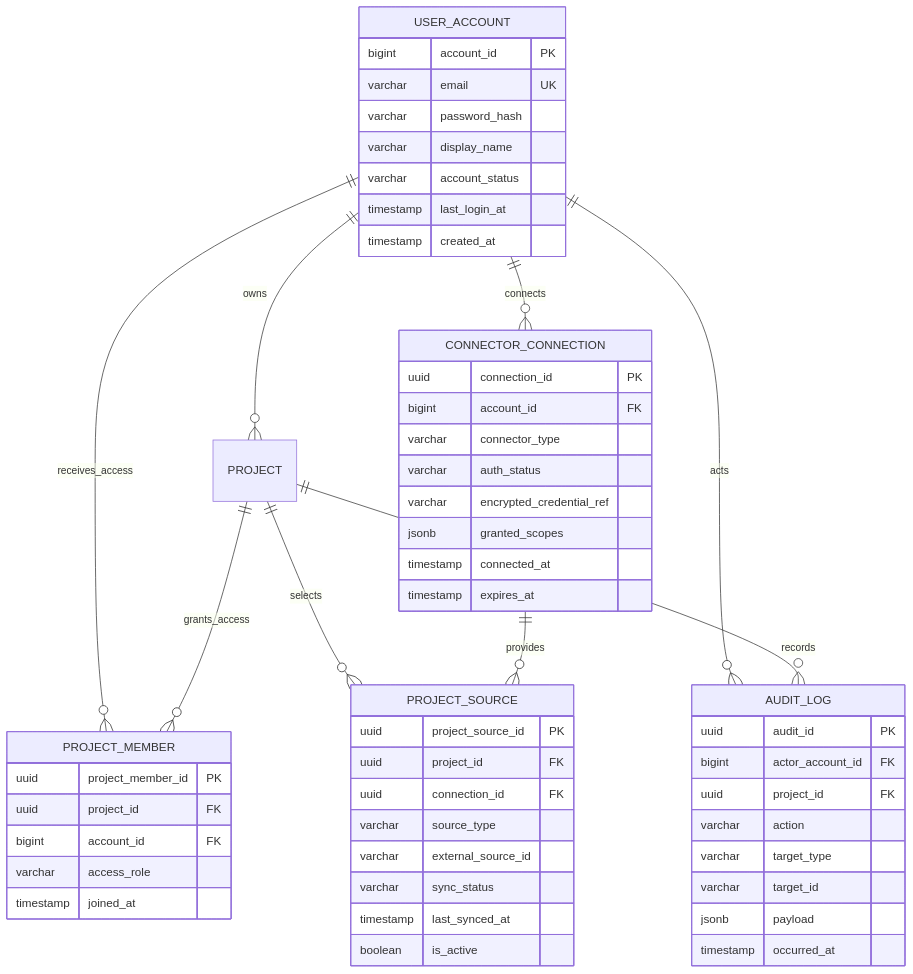
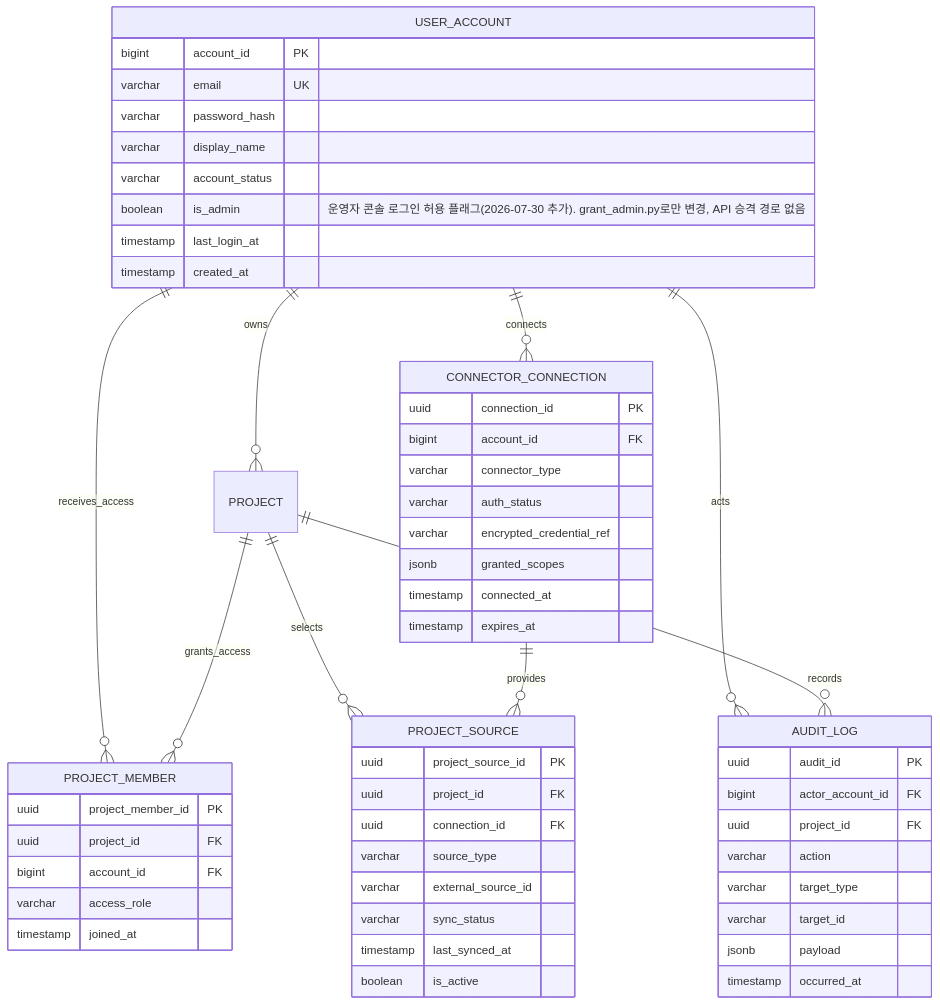
The fourth of 4 diagrams in docs/2_데이터모델/6. ERD.md (SKNETWORKS-FAMILY-AICAMP/SKN29-FINAL-2TEAM), drawn with Mermaid before and after one commit. The commit also changed 22 other files, not shown here.

````diff
--- a/docs/2_데이터모델/6. ERD.md
+++ b/docs/2_데이터모델/6. ERD.md
@@ -446,58 +446,59 @@
 ```mermaid
 erDiagram
     USER_ACCOUNT ||--o{ PROJECT : owns
     USER_ACCOUNT ||--o{ PROJECT_MEMBER : receives_access
     PROJECT ||--o{ PROJECT_MEMBER : grants_access
     USER_ACCOUNT ||--o{ CONNECTOR_CONNECTION : connects
     PROJECT ||--o{ PROJECT_SOURCE : selects
     CONNECTOR_CONNECTION ||--o{ PROJECT_SOURCE : provides
     USER_ACCOUNT ||--o{ AUDIT_LOG : acts
     PROJECT ||--o{ AUDIT_LOG : records
 
     USER_ACCOUNT {
         bigint account_id PK
         varchar email UK
         varchar password_hash
         varchar display_name
         varchar account_status
+        boolean is_admin "운영자 콘솔 로그인 허용 플래그(2026-07-30 추가). grant_admin.py로만 변경, API 승격 경로 없음"
         timestamp last_login_at
         timestamp created_at
     }
     PROJECT_MEMBER {
         uuid project_member_id PK
         uuid project_id FK
         bigint account_id FK
         varchar access_role
         timestamp joined_at
     }
     CONNECTOR_CONNECTION {
         uuid connection_id PK
         bigint account_id FK
         varchar connector_type
         varchar auth_status
         varchar encrypted_credential_ref
         jsonb granted_scopes
         timestamp connected_at
         timestamp expires_at
     }
     PROJECT_SOURCE {
         uuid project_source_id PK
         uuid project_id FK
         uuid connection_id FK
         varchar source_type
         varchar external_source_id
         varchar sync_status
         timestamp last_synced_at
         boolean is_active
     }
     AUDIT_LOG {
         uuid audit_id PK
         bigint actor_account_id FK
         uuid project_id FK
         varchar action
         varchar target_type
         varchar target_id
         jsonb payload
         timestamp occurred_at
     }
 ```
````
